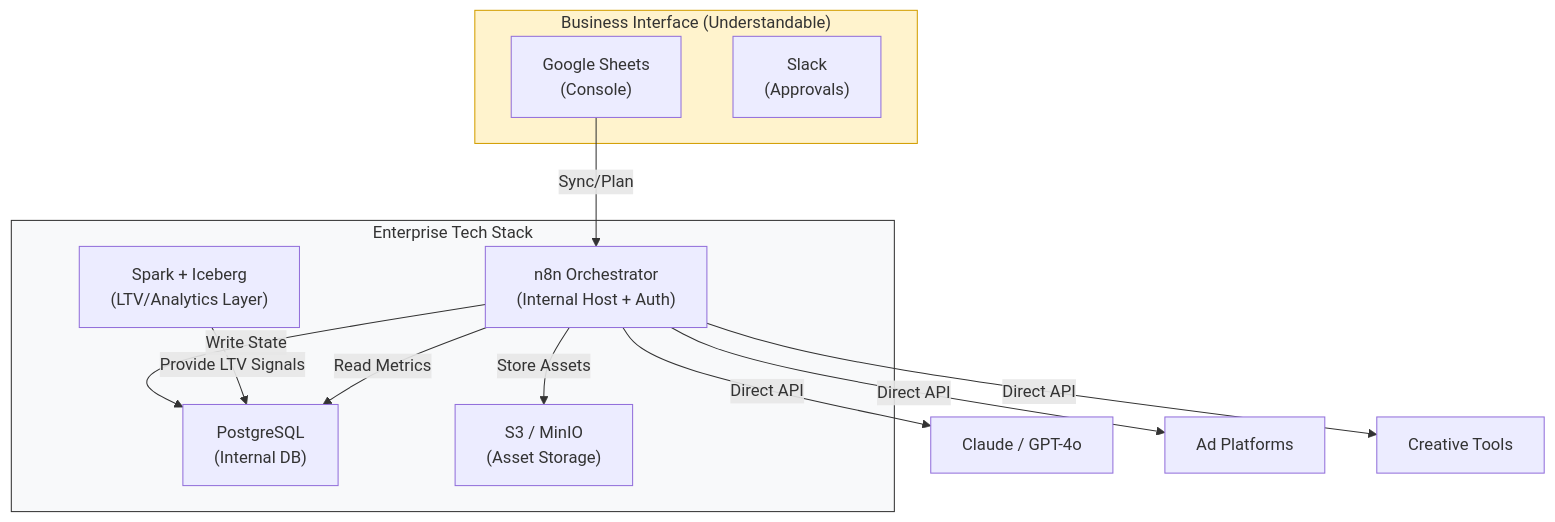
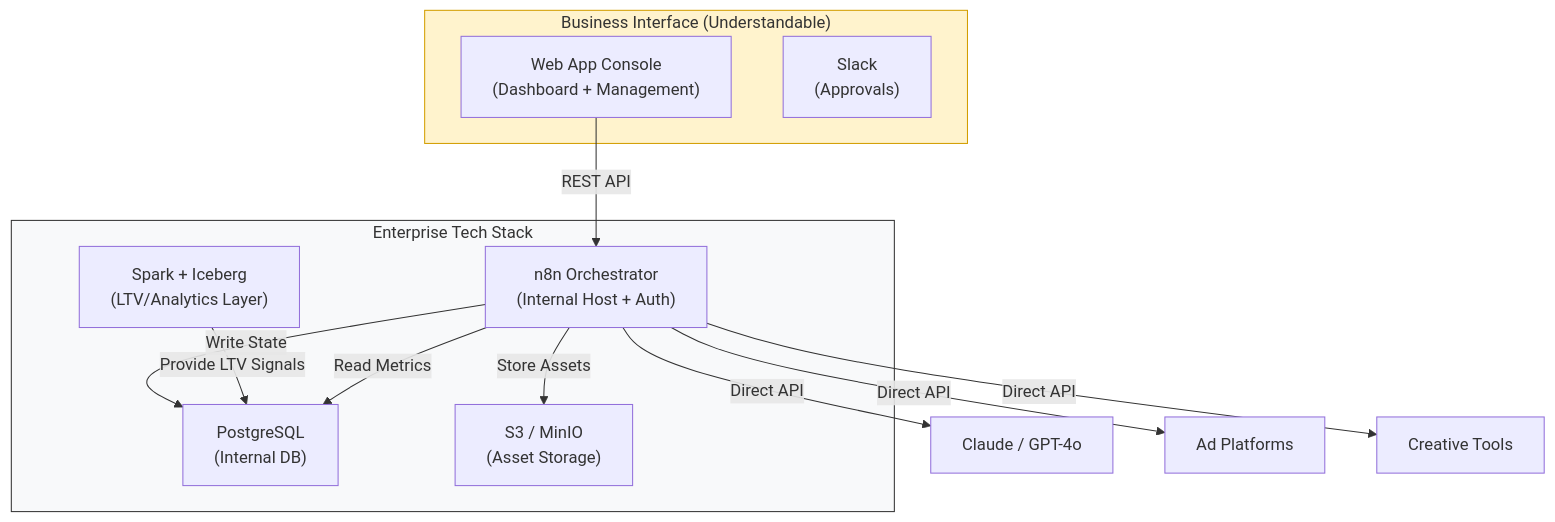
One commit to baoln1412/project-planning changed the second of 8 diagrams in projects/ai-ua-engine/v2/architecture.md. Above: the diagram before and after it, drawn with Mermaid. The commit also changed other lines of this file and 12 other files, not shown here.

First line of the commit message:
feat: add game-publishing-data-architect skill + update v2 plan

````diff
--- a/projects/ai-ua-engine/v2/architecture.md
+++ b/projects/ai-ua-engine/v2/architecture.md
@@ -77,27 +90,27 @@
 ```mermaid
 graph TB
     subgraph BizLayer["Business Interface (Understandable)"]
-        GS["Google Sheets<br/>(Console)"]
+        WA["Web App Console<br/>(Dashboard + Management)"]
         Slack["Slack<br/>(Approvals)"]
     end
 
     subgraph InternalStack["Enterprise Tech Stack"]
         N8N["n8n Orchestrator<br/>(Internal Host + Auth)"]
         PG["PostgreSQL<br/>(Internal DB)"]
         S3["S3 / MinIO<br/>(Asset Storage)"]
         Spark["Spark + Iceberg<br/>(LTV/Analytics Layer)"]
     end
 
-    GS -->|"Sync/Plan"| N8N
+    WA -->|"REST API"| N8N
     N8N -->|"Write State"| PG
     N8N -->|"Store Assets"| S3
     Spark -->|"Provide LTV Signals"| PG
     N8N -->|"Read Metrics"| PG
     
     N8N -->|"Direct API"| LLM["Claude / GPT-4o"]
     N8N -->|"Direct API"| ADS["Ad Platforms"]
     N8N -->|"Direct API"| GenAI["Creative Tools"]
     
     style InternalStack fill:#f8f9fa,stroke:#333
     style BizLayer fill:#fff3cd,stroke:#d39e00
 ```
````
